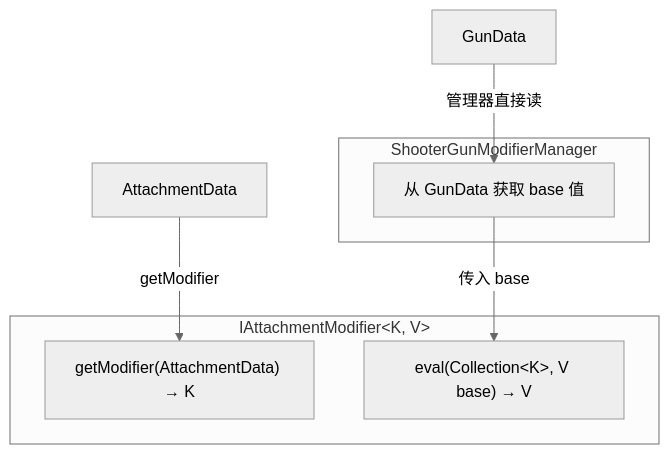
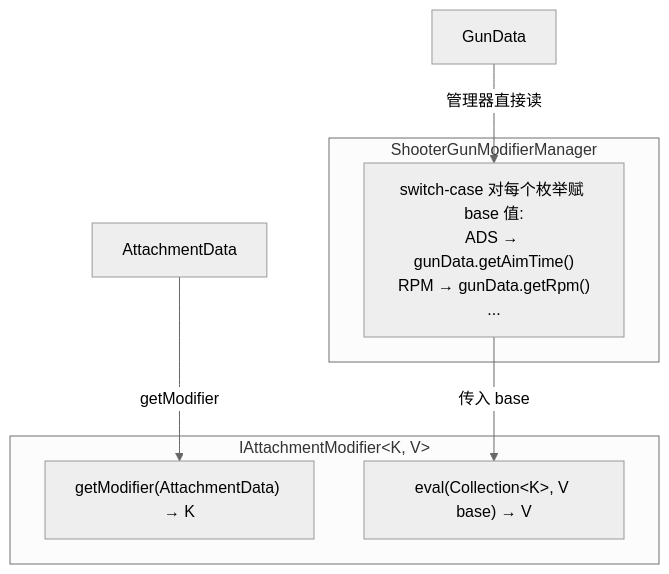
Before and after one commit to XColorful/Custom-Gun-Continued: the second of 5 diagrams in docs/architecture/core/entity/shooter/modifier/design-evolution.md, drawn with Mermaid (neutral theme). The commit also changed other lines of this file and 43 other files, not shown here.

Commit message:
refactor: Move getBase out of IAttachmentModifier with interface constraints

````diff
--- a/docs/architecture/core/entity/shooter/modifier/design-evolution.md
+++ b/docs/architecture/core/entity/shooter/modifier/design-evolution.md
@@ -29,15 +31,15 @@
 ```mermaid
 graph TB
     subgraph "IAttachmentModifier&lt;K, V&gt;"
         GM["getModifier(AttachmentData) → K"]
         EV["eval(Collection&lt;K&gt;, V base) → V"]
     end
 
     subgraph "ShooterGunModifierManager"
-        BASE["从 GunData 获取 base 值"]
+        BASE["switch-case 对每个枚举赋 base 值:<br/>ADS → gunData.getAimTime()<br/>RPM → gunData.getRpm()<br/>..."]
     end
 
     GD["GunData"] -->|"管理器直接读"| BASE
     AD["AttachmentData"] -->|"getModifier"| GM
     BASE -->|"传入 base"| EV
 ```
````
